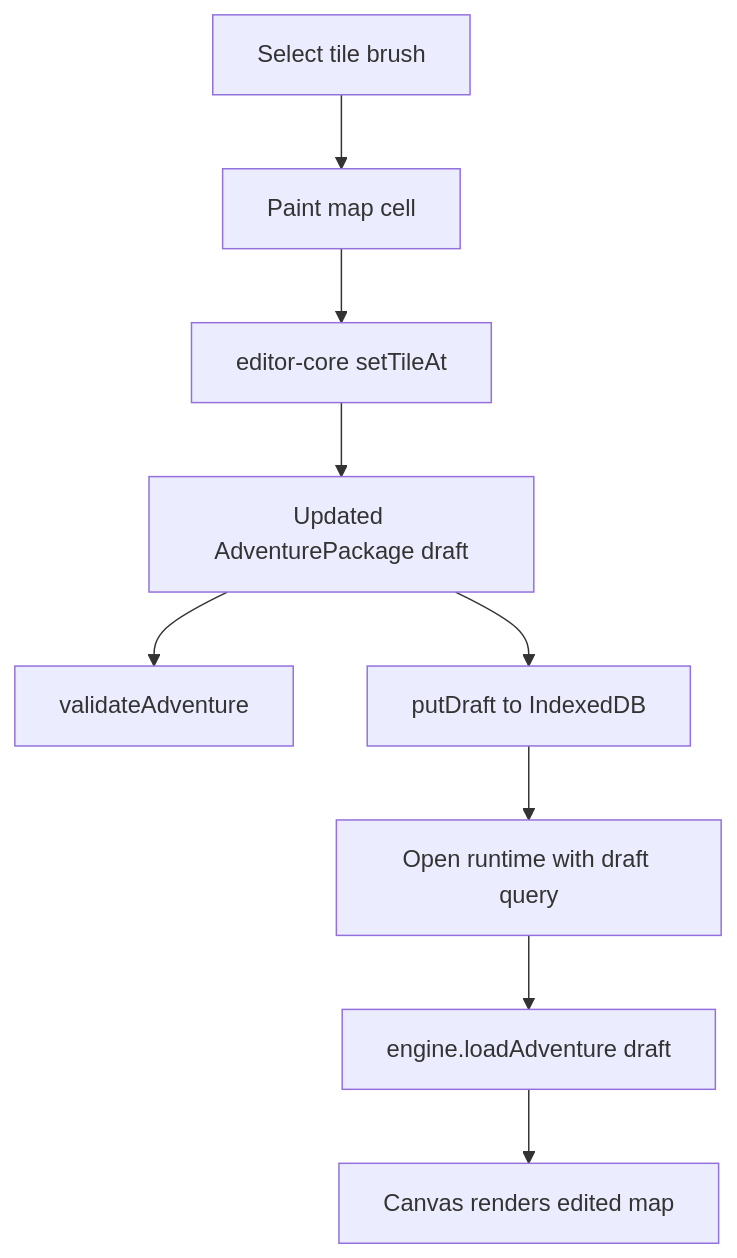
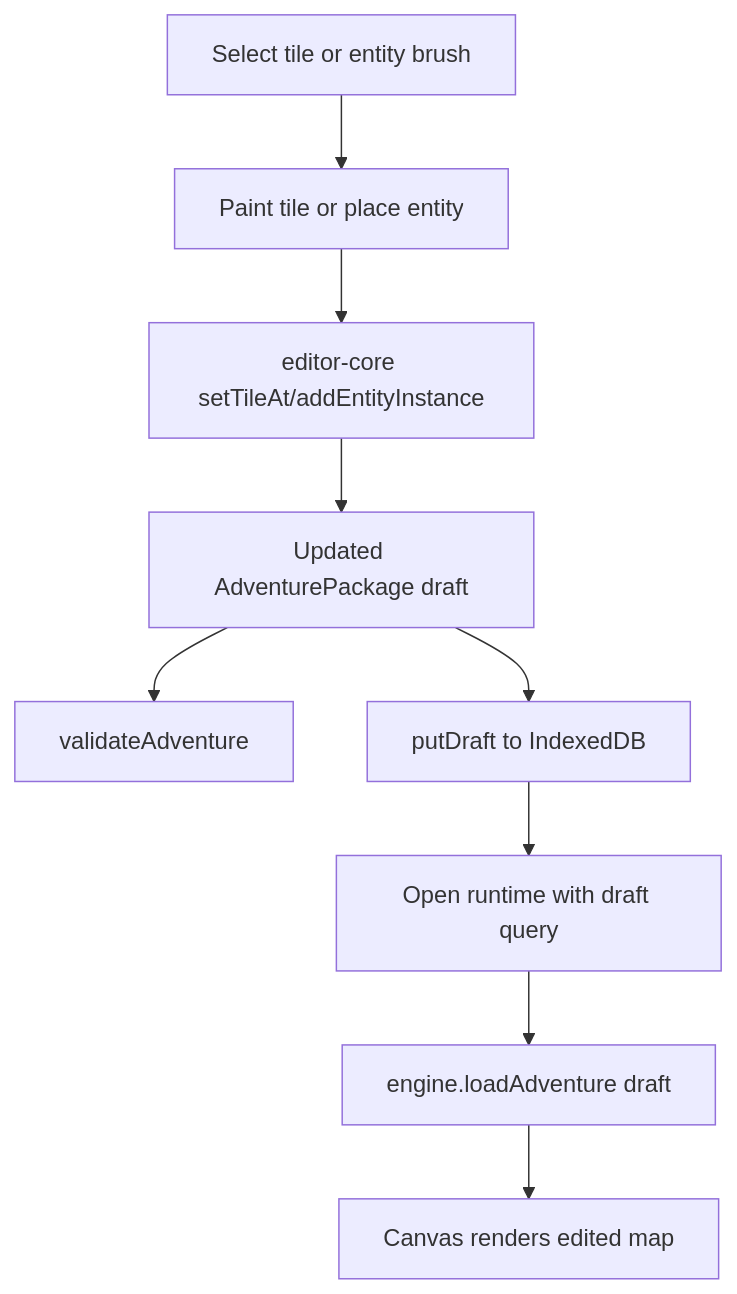
Before and after one commit to ianohlander/ACS: diagram 14 of 14 in docs/system-reference.md, drawn with Mermaid. The commit also changed other lines of this file and 21 other files, not shown here.

Commit message:
Complete milestone 9 editor entity placement

````diff
--- a/docs/system-reference.md
+++ b/docs/system-reference.md
@@ -490,15 +543,15 @@
 ```mermaid
 flowchart TD
-    Brush[Select tile brush]
-    Paint[Paint map cell]
-    Core[editor-core setTileAt]
+    Brush[Select tile or entity brush]
+    Paint[Paint tile or place entity]
+    Core[editor-core setTileAt/addEntityInstance]
     Draft[Updated AdventurePackage draft]
     Validate[validateAdventure]
     Save[putDraft to IndexedDB]
     Play[Open runtime with draft query]
     Runtime[engine.loadAdventure draft]
     Render[Canvas renders edited map]
 
     Brush --> Paint --> Core --> Draft --> Validate
     Draft --> Save --> Play --> Runtime --> Render
 ```
````
